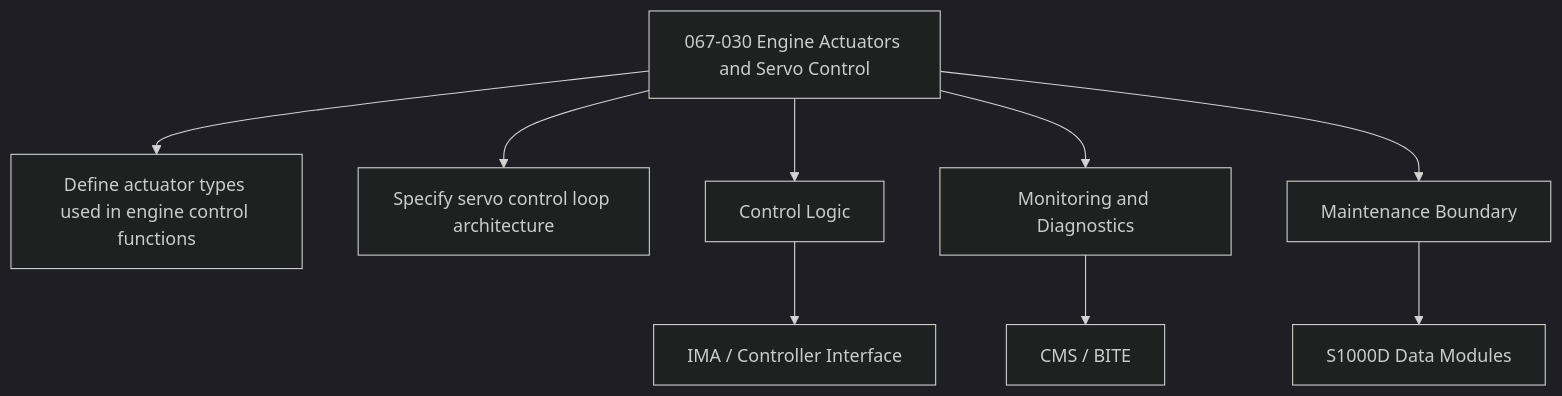
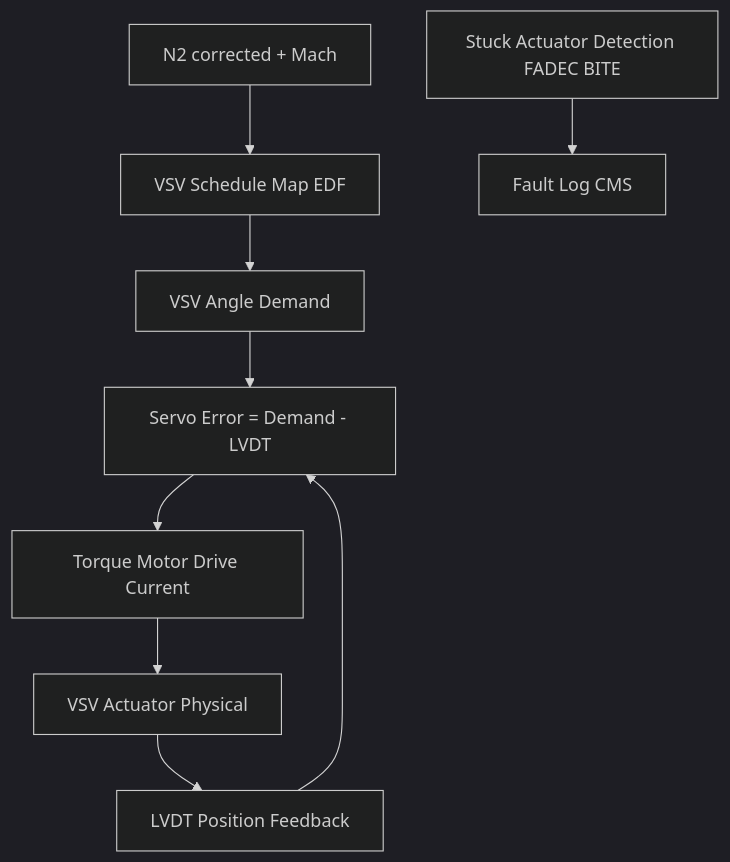
The second of 2 diagrams in Q+ATLANTIDE/000-099_ATLAS/060-069_Propulsion-Tradicional/067_Engine-Controls/067-030-Engine-Actuators-and-Servo-Control.md (AmedeoPelliccia/Qplus-For-All-Queer-People-and-Quantum), drawn with Mermaid (dark theme) before and after one commit. The commit also changed other lines of this file and 9 other files, not shown here.

````diff
--- a/Q+ATLANTIDE/000-099_ATLAS/060-069_Propulsion-Tradicional/067_Engine-Controls/067-030-Engine-Actuators-and-Servo-Control.md
+++ b/Q+ATLANTIDE/000-099_ATLAS/060-069_Propulsion-Tradicional/067_Engine-Controls/067-030-Engine-Actuators-and-Servo-Control.md
@@ -172,11 +102,11 @@
 ```mermaid
 flowchart TB
-    SYS[067-030 Engine Actuators and Servo Control] --> F1[Define actuator types used in engine control functions]
-    SYS --> F2[Specify servo control loop architecture]
-    SYS --> CTRL[Control Logic]
-    SYS --> MON[Monitoring and Diagnostics]
-    SYS --> MAINT[Maintenance Boundary]
-    CTRL --> IMA[IMA / Controller Interface]
-    MON --> CMS[CMS / BITE]
-    MAINT --> CSDB[S1000D Data Modules]
+    N2_MACH[N2 corrected + Mach] --> VSV_SCHED[VSV Schedule Map EDF]
+    VSV_SCHED --> VSV_CMD[VSV Angle Demand]
+    VSV_CMD --> SERVO_ERR[Servo Error = Demand - LVDT]
+    SERVO_ERR --> TM_DRIVE[Torque Motor Drive Current]
+    TM_DRIVE --> VSV_ACT[VSV Actuator Physical]
+    VSV_ACT --> VSV_LVDT_FB[LVDT Position Feedback]
+    VSV_LVDT_FB --> SERVO_ERR
+    STUCK_DET[Stuck Actuator Detection FADEC BITE] --> FAULT_LOG[Fault Log CMS]
 ```
````
